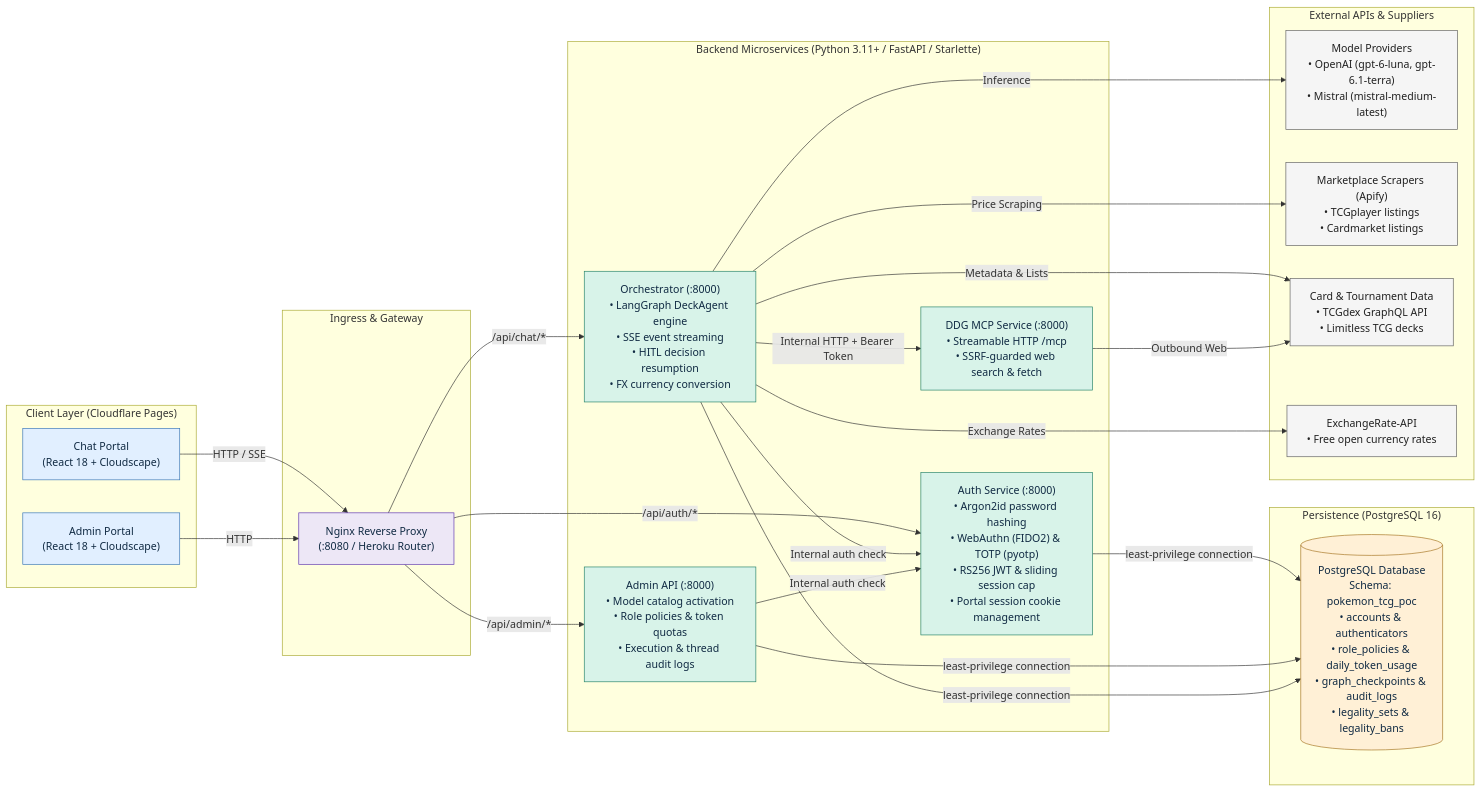
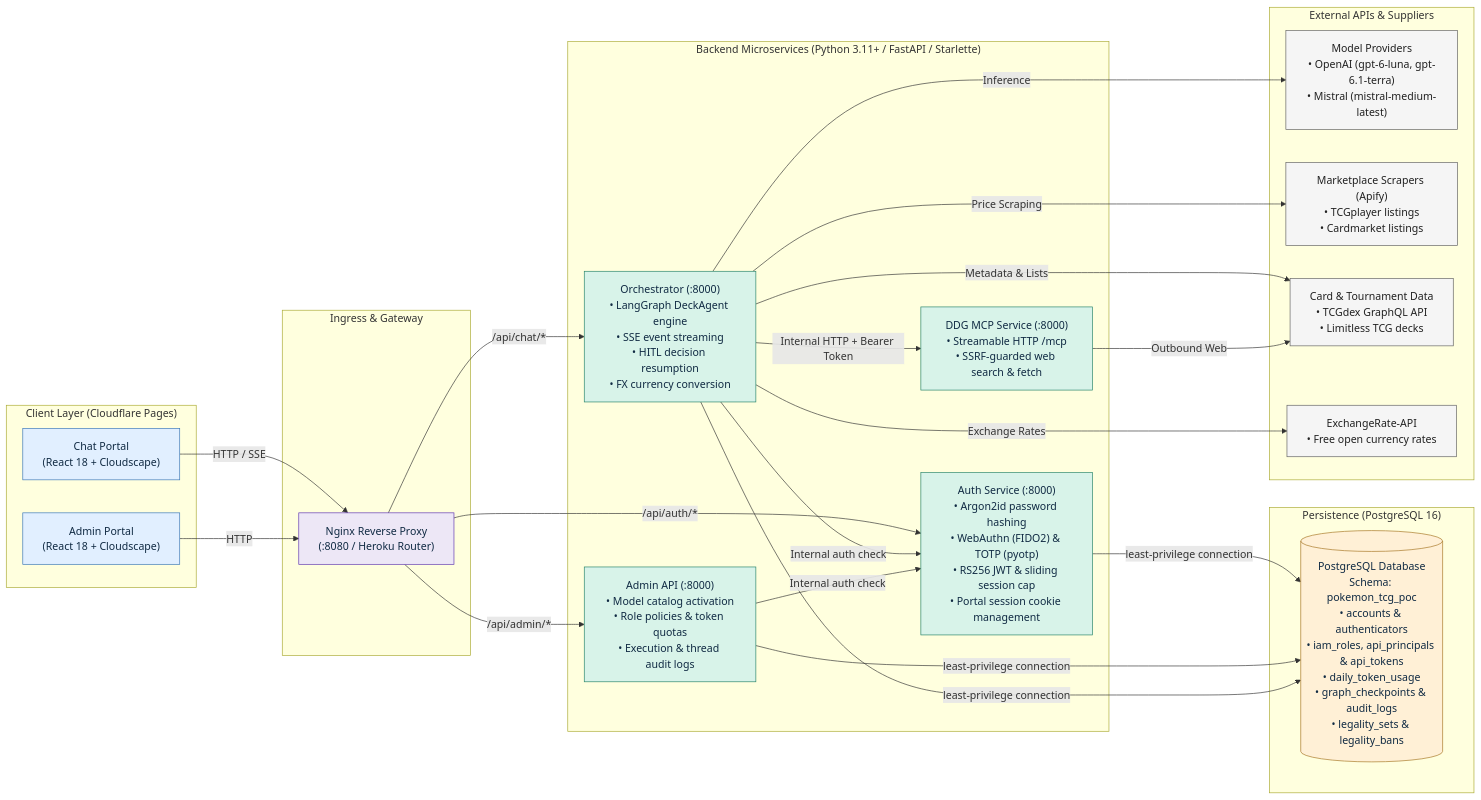
Before and after one commit to 02loveslollipop/TCGMarketplaceAgent: the second of 2 diagrams in README.md, drawn with Mermaid. The commit also changed other lines of this file and 1 other file, not shown here.

````diff
--- a/README.md
+++ b/README.md
@@ -235,62 +245,62 @@
 ```mermaid
 flowchart LR
     subgraph Clients["Client Layer (Cloudflare Pages)"]
         ChatUI["Chat Portal<br/>(React 18 + Cloudscape)"]
         AdminUI["Admin Portal<br/>(React 18 + Cloudscape)"]
     end
 
     subgraph GatewayLayer["Ingress & Gateway"]
         Gateway["Nginx Reverse Proxy<br/>(:8080 / Heroku Router)"]
     end
 
     subgraph BackendServices["Backend Microservices (Python 3.11+ / FastAPI / Starlette)"]
         AuthSvc["Auth Service (:8000)<br/>• Argon2id password hashing<br/>• WebAuthn (FIDO2) & TOTP (pyotp)<br/>• RS256 JWT & sliding session cap<br/>• Portal session cookie management"]
         AdminSvc["Admin API (:8000)<br/>• Model catalog activation<br/>• Role policies & token quotas<br/>• Execution & thread audit logs"]
         OrchSvc["Orchestrator (:8000)<br/>• LangGraph DeckAgent engine<br/>• SSE event streaming<br/>• HITL decision resumption<br/>• FX currency conversion"]
         DDGMCP["DDG MCP Service (:8000)<br/>• Streamable HTTP /mcp<br/>• SSRF-guarded web search & fetch"]
     end
 
     subgraph StorageLayer["Persistence (PostgreSQL 16)"]
-        DB[(PostgreSQL Database<br/>Schema: pokemon_tcg_poc<br/>• accounts & authenticators<br/>• role_policies & daily_token_usage<br/>• graph_checkpoints & audit_logs<br/>• legality_sets & legality_bans)]
+        DB[(PostgreSQL Database<br/>Schema: pokemon_tcg_poc<br/>• accounts & authenticators<br/>• iam_roles, api_principals & api_tokens<br/>• daily_token_usage<br/>• graph_checkpoints & audit_logs<br/>• legality_sets & legality_bans)]
     end
 
     subgraph ExternalServices["External APIs & Suppliers"]
         LLMs["Model Providers<br/>• OpenAI (gpt-6-luna, gpt-6.1-terra)<br/>• Mistral (mistral-medium-latest)"]
         Marketplaces["Marketplace Scrapers (Apify)<br/>• TCGplayer listings<br/>• Cardmarket listings"]
         CardData["Card & Tournament Data<br/>• TCGdex GraphQL API<br/>• Limitless TCG decks"]
         FXRate["ExchangeRate-API<br/>• Free open currency rates"]
     end
 
     ChatUI -->|HTTP / SSE| Gateway
     AdminUI -->|HTTP| Gateway
 
     Gateway -->|/api/auth/*| AuthSvc
     Gateway -->|/api/admin/*| AdminSvc
     Gateway -->|/api/chat/*| OrchSvc
 
     AuthSvc -->|least-privilege connection| DB
     AdminSvc -->|least-privilege connection| DB
     OrchSvc -->|least-privilege connection| DB
 
     OrchSvc -->|Internal HTTP + Bearer Token| DDGMCP
     OrchSvc -->|Internal auth check| AuthSvc
     AdminSvc -->|Internal auth check| AuthSvc
 
     OrchSvc -->|Inference| LLMs
     OrchSvc -->|Price Scraping| Marketplaces
     OrchSvc -->|Metadata & Lists| CardData
     OrchSvc -->|Exchange Rates| FXRate
     DDGMCP -->|Outbound Web| CardData
 
     classDef frontend fill:#e1efff,stroke:#3976b7,color:#102a43;
     classDef gateway fill:#ede7f6,stroke:#5e35b1,color:#102a43;
     classDef service fill:#d8f3e9,stroke:#258368,color:#102a43;
     classDef store fill:#fff0d6,stroke:#a67522,color:#102a43;
     classDef external fill:#f5f5f5,stroke:#616161,color:#212121;
 
     class ChatUI,AdminUI frontend;
     class Gateway gateway;
     class AuthSvc,AdminSvc,OrchSvc,DDGMCP service;
     class DB store;
     class LLMs,Marketplaces,CardData,FXRate external;
 ```
````
